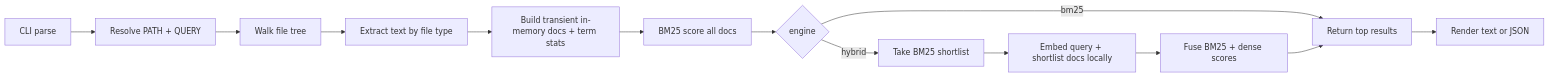
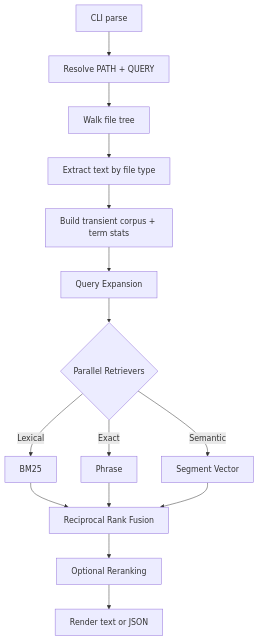
Before and after one commit to rupurt/sift: the diagram in README.md, drawn with Mermaid. The commit also changed other lines of this file and 2 other files, not shown here.

First line of the commit message:
docs: rewrite README and add ARCHITECTURE and CONSTITUTION

````diff
--- a/README.md
+++ b/README.md
@@ -29,15 +28,17 @@
 ```mermaid
-flowchart LR
+flowchart TD
   A[CLI parse] --> B[Resolve PATH + QUERY]
   B --> C[Walk file tree]
   C --> D[Extract text by file type]
-  D --> E[Build transient in-memory docs + term stats]
-  E --> F[BM25 score all docs]
-  F --> G{engine}
-  G -->|bm25| H[Return top results]
-  G -->|hybrid| I[Take BM25 shortlist]
-  I --> J[Embed query + shortlist docs locally]
-  J --> K[Fuse BM25 + dense scores]
-  K --> H
-  H --> L[Render text or JSON]
+  D --> E[Build transient corpus + term stats]
+  E --> F[Query Expansion]
+  F --> G{Parallel Retrievers}
+  G -->|Lexical| G1[BM25]
+  G -->|Exact| G2[Phrase]
+  G -->|Semantic| G3[Segment Vector]
+  G1 --> H[Reciprocal Rank Fusion]
+  G2 --> H
+  G3 --> H
+  H --> I[Optional Reranking]
+  I --> J[Render text or JSON]
 ```
````
